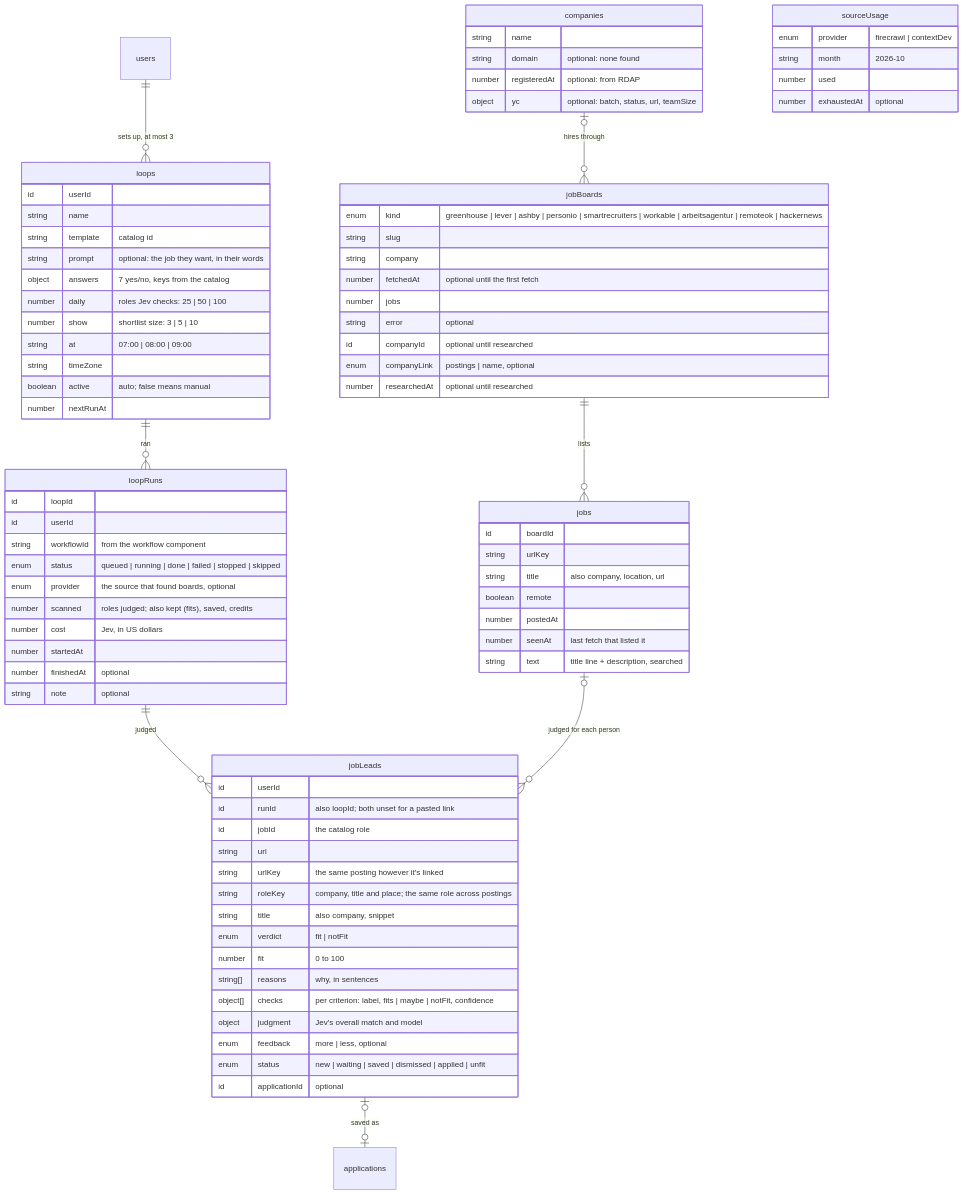
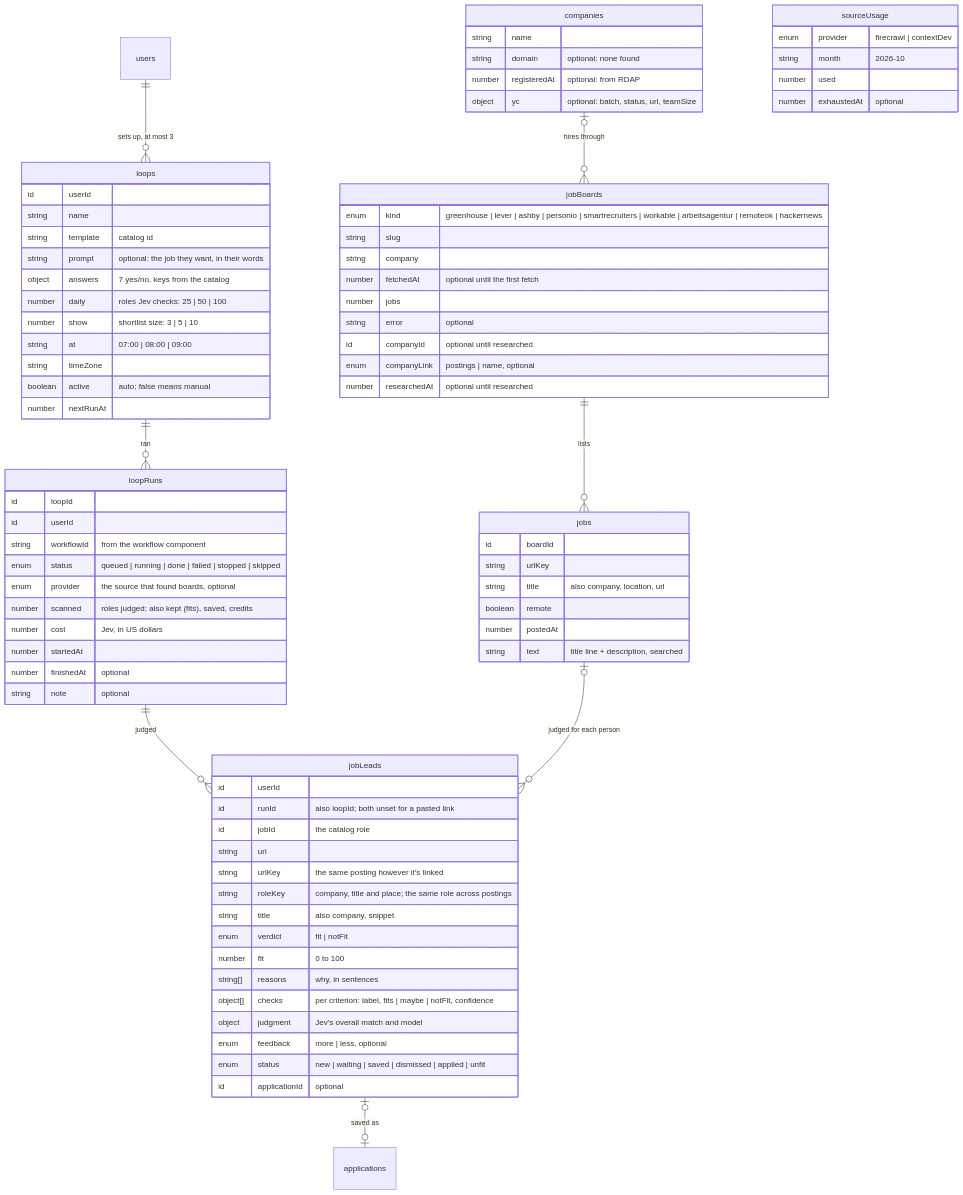
One commit to saranatour1/job-tracking-helper changed the second of 3 diagrams in docs/database-design.md. Above: the diagram before and after it, drawn with Mermaid. The commit also changed other lines of this file and 11 other files, not shown here.

```diff
--- a/docs/database-design.md
+++ b/docs/database-design.md
@@ -324,7 +324,6 @@
         string title "also company, location, url"
         boolean remote
         number postedAt
-        number seenAt "last fetch that listed it"
         string text "title line + description, searched"
     }
     jobBoards {
```
